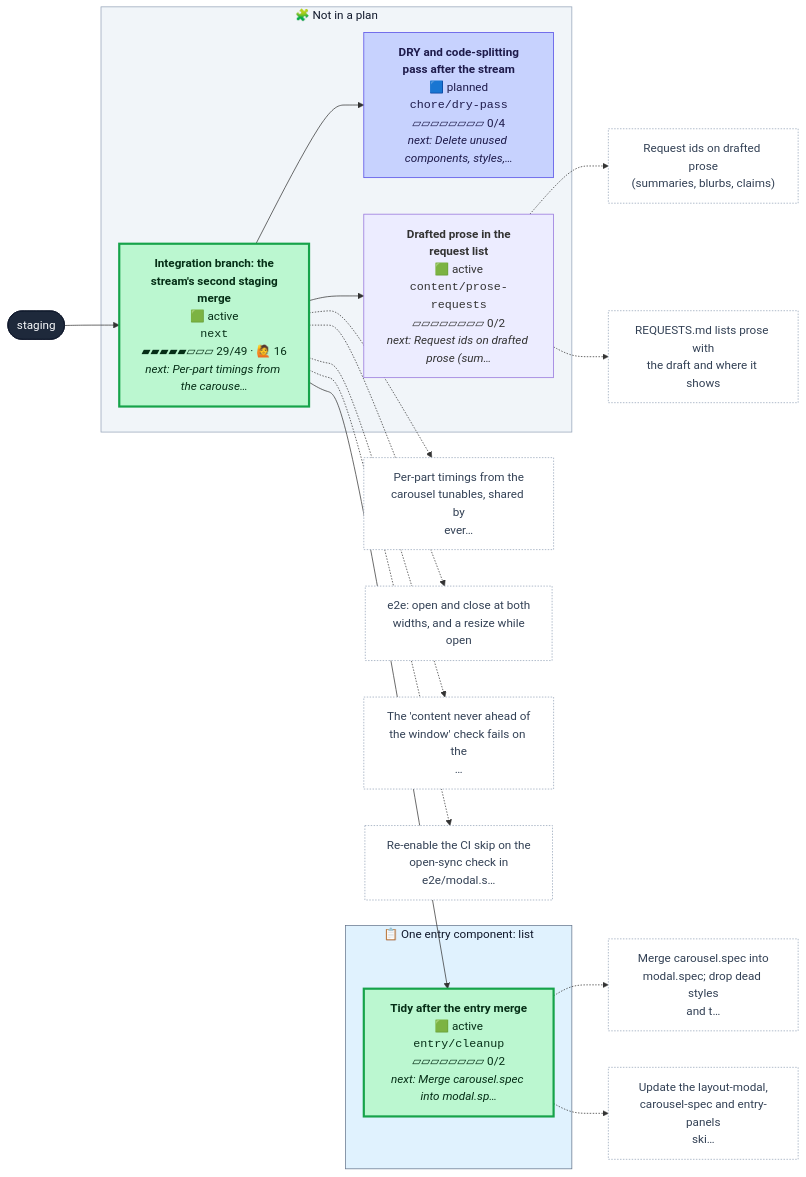
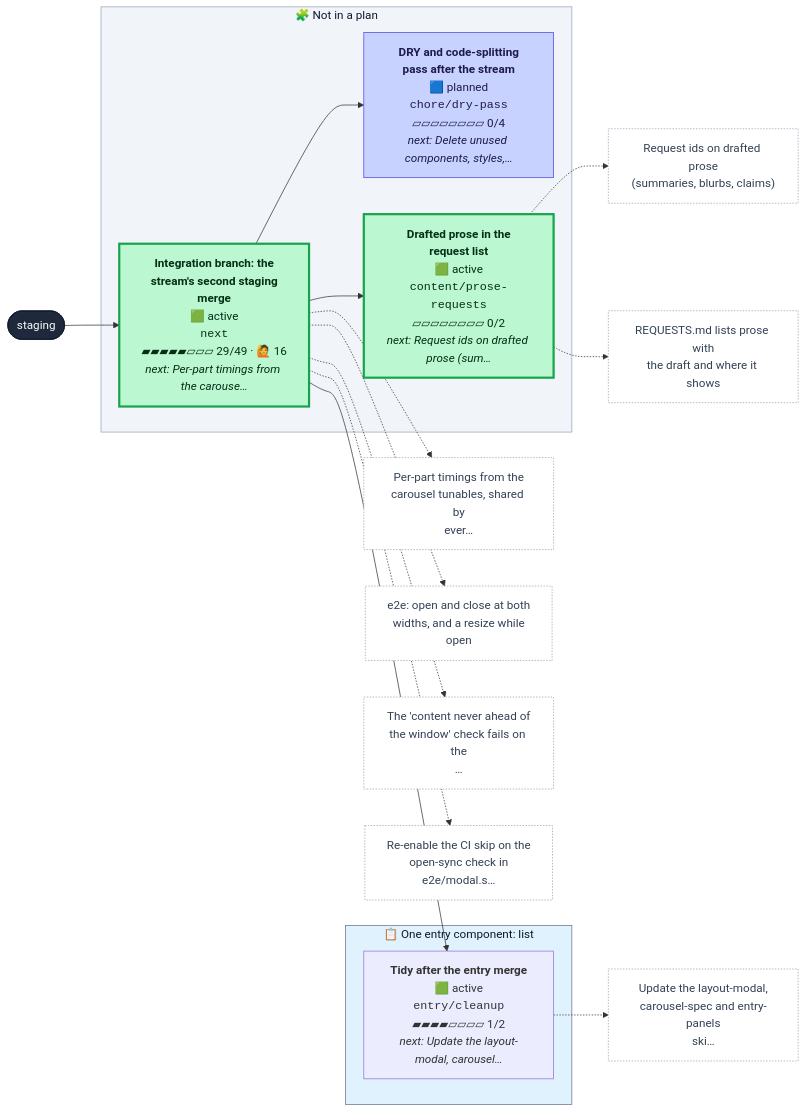
One commit to henryjonescodes/portfolio changed the first of 2 diagrams in CONTRIBUTING.md. Above: the diagram before and after it, drawn with Mermaid. The commit also changed other lines of this file and 3 other files, not shown here.

````diff
--- a/CONTRIBUTING.md
+++ b/CONTRIBUTING.md
@@ -16,56 +16,53 @@
 ```mermaid
 flowchart LR
   n_staging([staging])
   class n_staging trunk
   subgraph plan_0["📋 One entry component: list"]
-    n_entry_cleanup["<b>Tidy after the entry merge</b><br/>🟩 active<br/><code>entry/cleanup</code><br/>▱▱▱▱▱▱▱▱ 0/2<br/><i>next: Merge carousel.spec into modal.sp…</i>"]
-    class n_entry_cleanup active
+    n_entry_cleanup["<b>Tidy after the entry merge</b><br/>🟩 active<br/><code>entry/cleanup</code><br/>▰▰▰▰▱▱▱▱ 1/2<br/><i>next: Update the layout-modal, carousel…</i>"]
+    class n_entry_cleanup active,current
   end
   style plan_0 fill:#e0f2fe,stroke:#64748b,color:#0f172a
   subgraph loose["🧩 Not in a plan"]
     n_chore_dry_pass["<b>DRY and code-splitting<br/>pass after the stream</b><br/>🟦 planned<br/><code>chore/dry-pass</code><br/>▱▱▱▱▱▱▱▱ 0/4<br/><i>next: Delete unused components, styles,…</i>"]
     class n_chore_dry_pass planned
     n_content_prose_requests["<b>Drafted prose in the<br/>request list</b><br/>🟩 active<br/><code>content/prose-requests</code><br/>▱▱▱▱▱▱▱▱ 0/2<br/><i>next: Request ids on drafted prose (sum…</i>"]
-    class n_content_prose_requests active,current
+    class n_content_prose_requests active
     n_next["<b>Integration branch: the<br/>stream's second staging<br/>merge</b><br/>🟩 active<br/><code>next</code><br/>▰▰▰▰▰▱▱▱ 29/49 · 🙋 16<br/><i>next: Per-part timings from the carouse…</i>"]
     class n_next active
   end
   style loose fill:#f1f5f9,stroke:#94a3b8,color:#0f172a
   n_next --> n_chore_dry_pass
   n_next --> n_content_prose_requests
   n_next --> n_entry_cleanup
   n_staging --> n_next
   n_content_prose_requests_t0["Request ids on drafted prose<br/>(summaries, blurbs, claims)"]
   class n_content_prose_requests_t0 todo
   n_content_prose_requests -.-> n_content_prose_requests_t0
   n_content_prose_requests_t1["REQUESTS.md lists prose with<br/>the draft and where it shows"]
   class n_content_prose_requests_t1 todo
   n_content_prose_requests -.-> n_content_prose_requests_t1
-  n_entry_cleanup_t0["Merge carousel.spec into<br/>modal.spec; drop dead styles<br/>and t…"]
+  n_entry_cleanup_t0["Update the layout-modal,<br/>carousel-spec and entry-panels<br/>ski…"]
   class n_entry_cleanup_t0 todo
   n_entry_cleanup -.-> n_entry_cleanup_t0
-  n_entry_cleanup_t1["Update the layout-modal,<br/>carousel-spec and entry-panels<br/>ski…"]
-  class n_entry_cleanup_t1 todo
-  n_entry_cleanup -.-> n_entry_cleanup_t1
   n_next_t0["Per-part timings from the<br/>carousel tunables, shared by<br/>ever…"]
   class n_next_t0 todo
   n_next -.-> n_next_t0
   n_next_t1["e2e: open and close at both<br/>widths, and a resize while<br/>open"]
   class n_next_t1 todo
   n_next -.-> n_next_t1
   n_next_t2["The 'content never ahead of<br/>the window' check fails on the<br/>…"]
   class n_next_t2 todo
   n_next -.-> n_next_t2
   n_next_t3["Re-enable the CI skip on the<br/>open-sync check in<br/>e2e/modal.s…"]
   class n_next_t3 todo
   n_next -.-> n_next_t3
   classDef merged fill:#dcfce7,stroke:#16a34a,color:#052e16
   classDef todo fill:#ffffff,stroke:#94a3b8,stroke-dasharray:2 2,color:#334155
   classDef planned fill:#c7d2fe,stroke:#4f46e5,color:#1e1b4b
   classDef sketched fill:#f8fafc,stroke:#64748b,stroke-dasharray:4 3,color:#334155
   classDef active fill:#bbf7d0,stroke:#16a34a,stroke-width:3px,color:#052e16
   classDef review fill:#fde68a,stroke:#d97706,stroke-width:3px,color:#451a03
   classDef blocked fill:#fecaca,stroke:#dc2626,stroke-width:3px,color:#450a0a
   classDef trunk fill:#1e293b,stroke:#0f172a,color:#f8fafc
   classDef current stroke:#0ea5e9,stroke-width:5px
 ```
````
